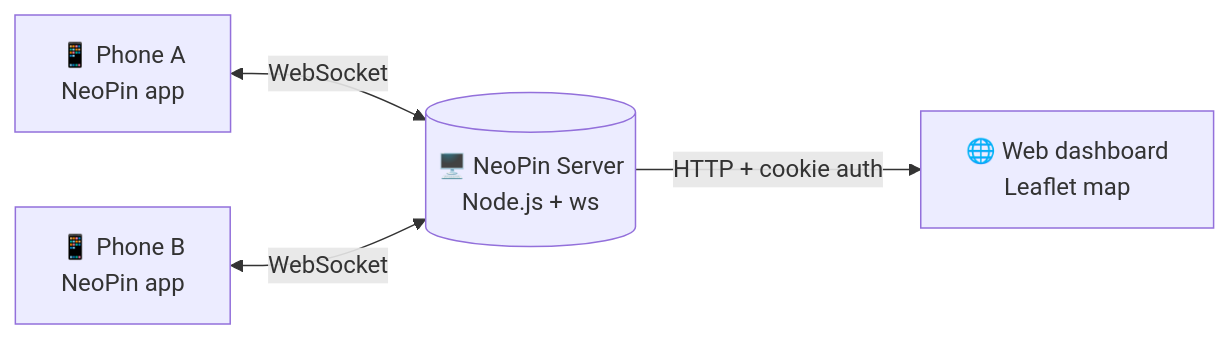
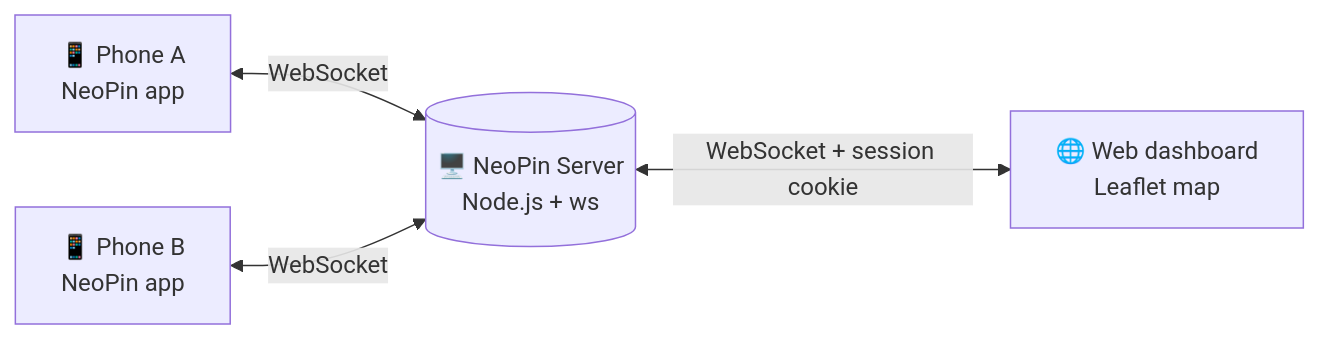
Before and after one commit to vxnsin/NeoPin: the diagram in README.md, drawn with Mermaid. The commit also changed other lines of this file and 74 other files, not shown here.

````diff
--- a/README.md
+++ b/README.md
@@ -39,6 +42,6 @@
 ```mermaid
 flowchart LR
     A[📱 Phone A<br/>NeoPin app] <-- WebSocket --> S[(🖥️ NeoPin Server<br/>Node.js + ws)]
     B[📱 Phone B<br/>NeoPin app] <-- WebSocket --> S
-    S -- HTTP + cookie auth --> D[🌐 Web dashboard<br/>Leaflet map]
+    S <-- WebSocket + session cookie --> D[🌐 Web dashboard<br/>Leaflet map]
 ```
````
